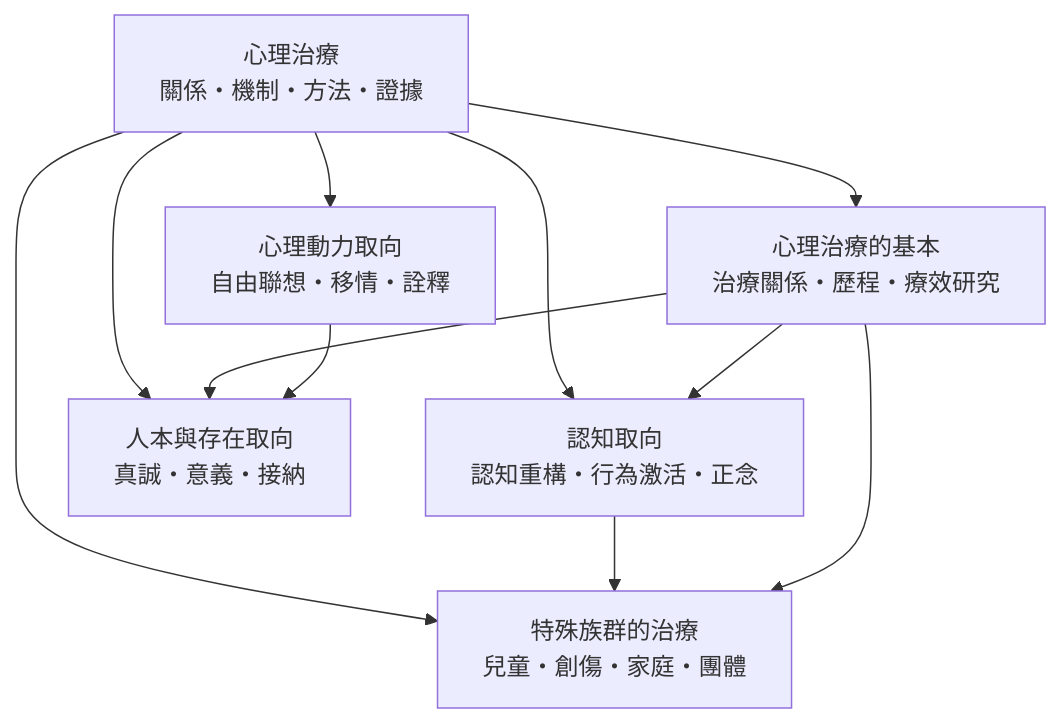
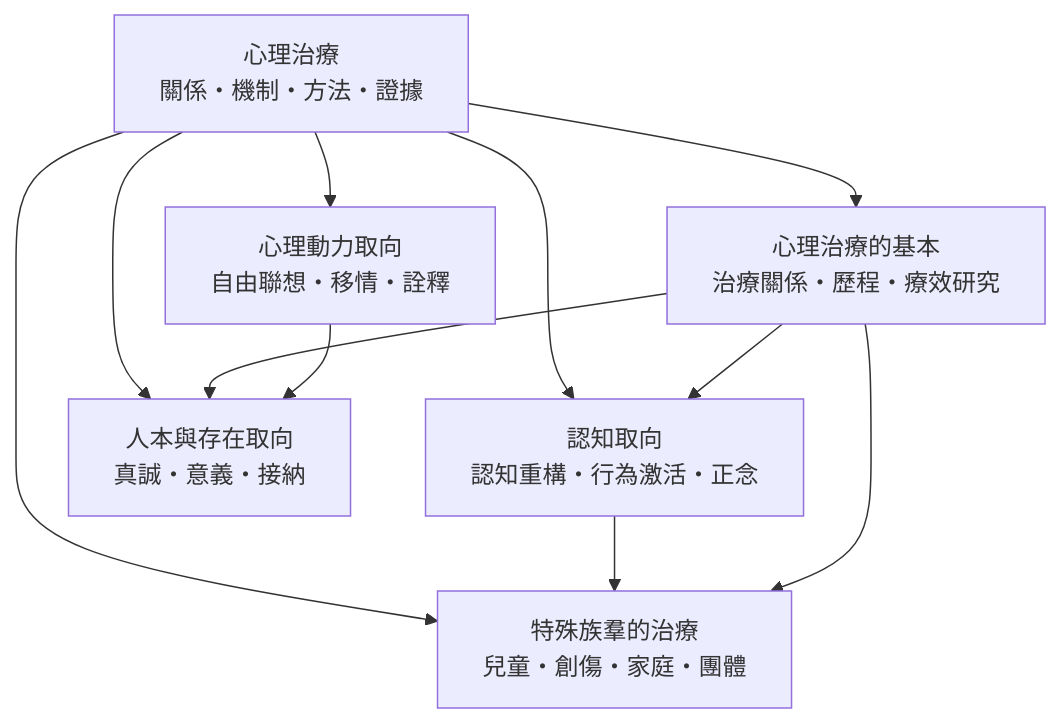
Before and after one commit to cccbook/markpedia: the diagram in site2/科技/心理治療/心理治療.md, drawn with Mermaid. The commit also changed other lines of this file and 1417 other files, not shown here.

````diff
--- a/site2/科技/心理治療/心理治療.md
+++ b/site2/科技/心理治療/心理治療.md
@@ -50,13 +50,13 @@
 ```mermaid
 graph TD
     A["心理治療<br/>關係・機制・方法・證據"] --> B["心理治療的基本<br/>治療關係・歷程・療效研究"]
     A --> C["認知取向<br/>認知重構・行為激活・正念"]
     A --> D["心理動力取向<br/>自由聯想・移情・詮釋"]
     A --> E["人本與存在取向<br/>真誠・意義・接納"]
-    A --> F["特殊族群的治療<br/>兒童・創傷・家庭・團體"]
+    A --> F["特殊族羣的治療<br/>兒童・創傷・家庭・團體"]
     B --> C
     B --> E
     C --> F
     D --> E
     B --> F
 ```
````
